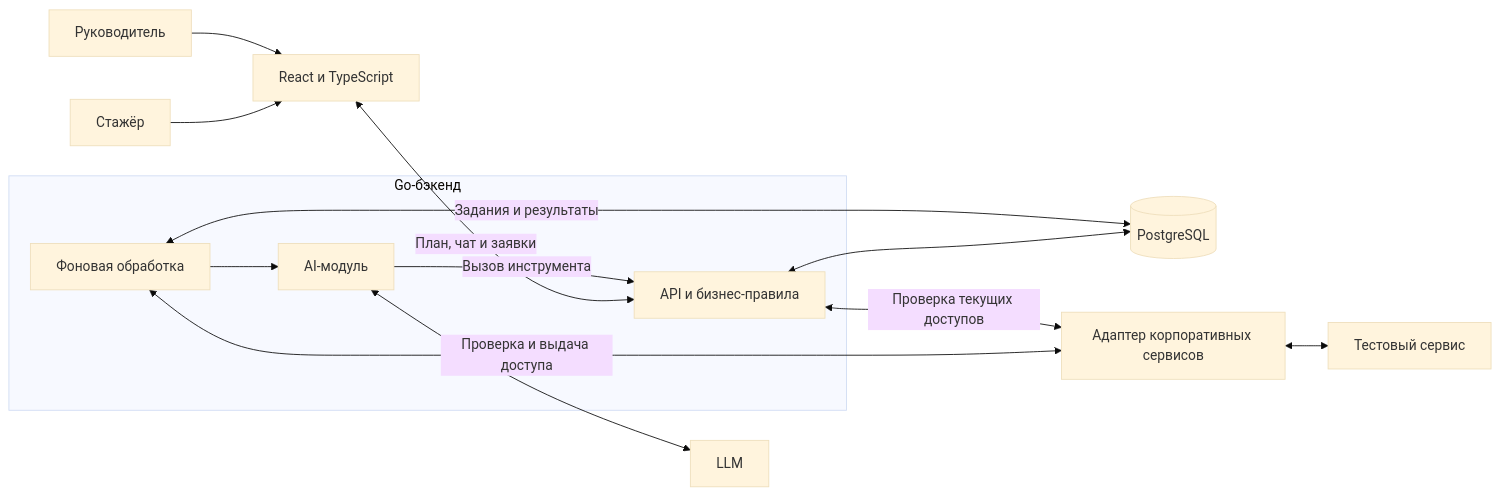
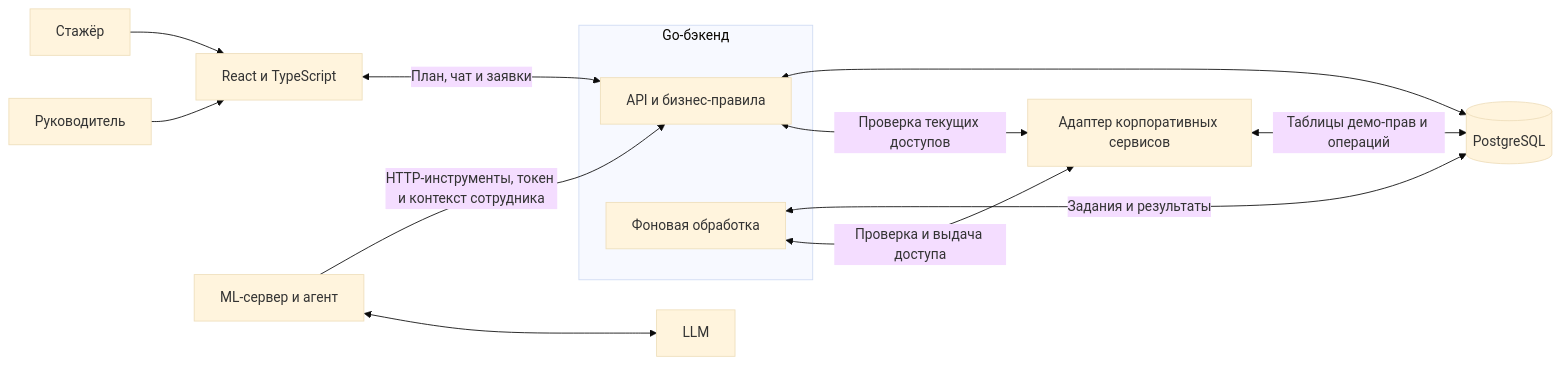
Before and after one commit to 1BaEdeV/am-cp-ai-buddy: the first of 2 diagrams in docs/architecture.md, drawn with Mermaid (base theme). The commit also changed other lines of this file and 1 other file, not shown here.

Commit message:
docs: aligned access request flows

````diff
--- a/docs/architecture.md
+++ b/docs/architecture.md
@@ -7,19 +15,17 @@
 ```mermaid
 flowchart LR
     Intern["Стажёр"] --> UI["React и TypeScript"]
     Manager["Руководитель"] --> UI
     UI <-->|"План, чат и заявки"| API
     subgraph Backend["Go-бэкенд"]
         API["API и бизнес-правила"]
         Worker["Фоновая обработка"]
-        AI["AI-модуль"]
-        Worker --> AI
-        AI -->|"Вызов инструмента"| API
     end
+    AI["ML-сервер и агент"] -->|"HTTP-инструменты, токен и контекст сотрудника"| API
     API <--> DB[("PostgreSQL")]
     Worker <-->|"Задания и результаты"| DB
     AI <--> Model["LLM"]
     Worker <-->|"Проверка и выдача доступа"| Provider["Адаптер корпоративных сервисов"]
     API <-->|"Проверка текущих доступов"| Provider
-    Provider <--> Mock["Тестовый сервис"]
+    Provider <-->|"Таблицы демо-прав и операций"| DB
 ```
````
